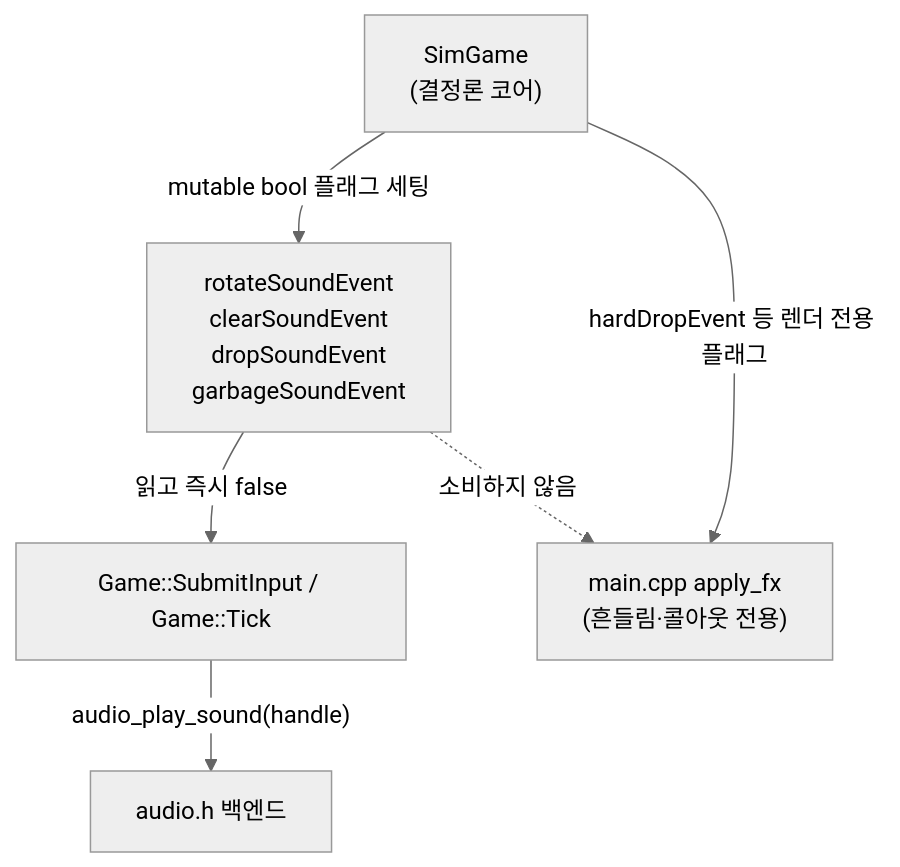
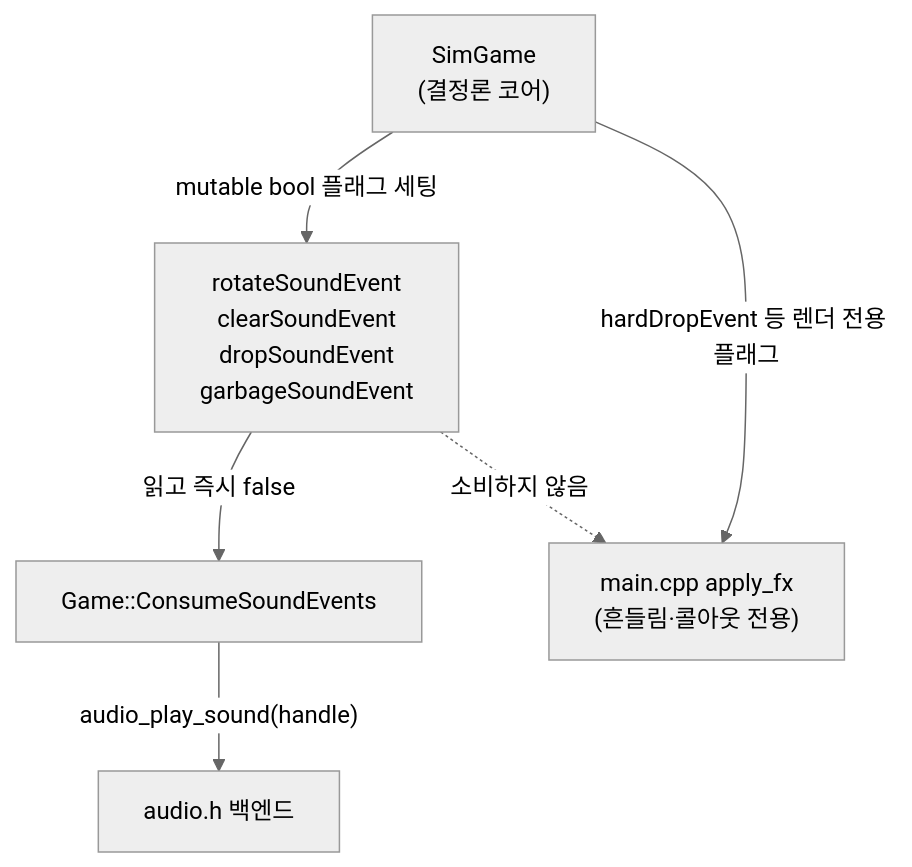
One commit to Rein-ArXiv/Tetris-Multiplayer-RL changed the second of 7 diagrams in docs/blog/part5-audio.md. Above: the diagram before and after it, drawn with Mermaid (neutral theme). The commit also changed other lines of this file and 51035 other files, not shown here.

````diff
--- a/docs/blog/part5-audio.md
+++ b/docs/blog/part5-audio.md
@@ -686,8 +721,8 @@
 ```mermaid
 graph TB
     SIM["SimGame<br/>(결정론 코어)"] -- "mutable bool 플래그 세팅" --> FLAGS["rotateSoundEvent<br/>clearSoundEvent<br/>dropSoundEvent<br/>garbageSoundEvent"]
-    FLAGS -- "읽고 즉시 false" --> GW["Game::SubmitInput / Game::Tick"]
+    FLAGS -- "읽고 즉시 false" --> GW["Game::ConsumeSoundEvents"]
     GW -- "audio_play_sound(handle)" --> AUD["audio.h 백엔드"]
     FLAGS -. "소비하지 않음" .-> FX["main.cpp apply_fx<br/>(흔들림·콜아웃 전용)"]
     SIM -- "hardDropEvent 등 렌더 전용 플래그" --> FX
 ```
````
